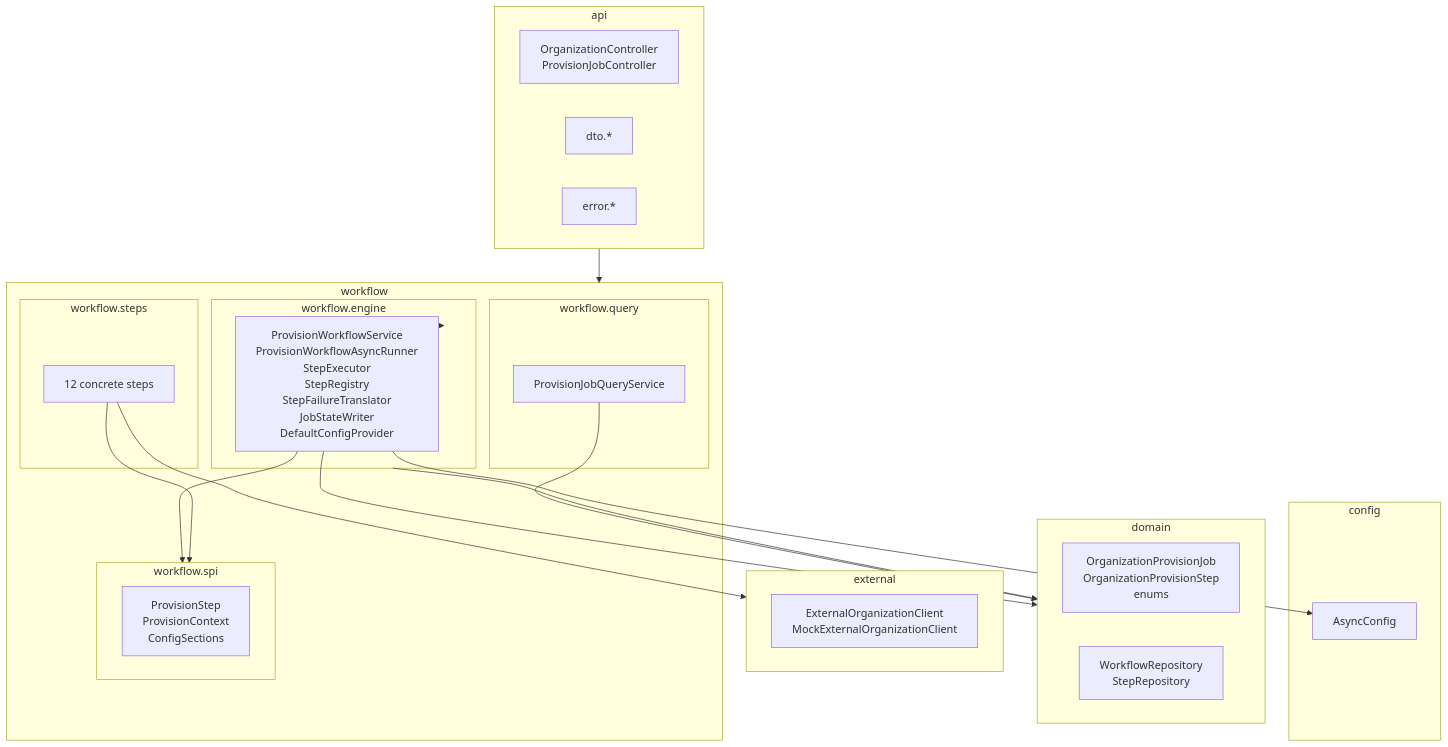
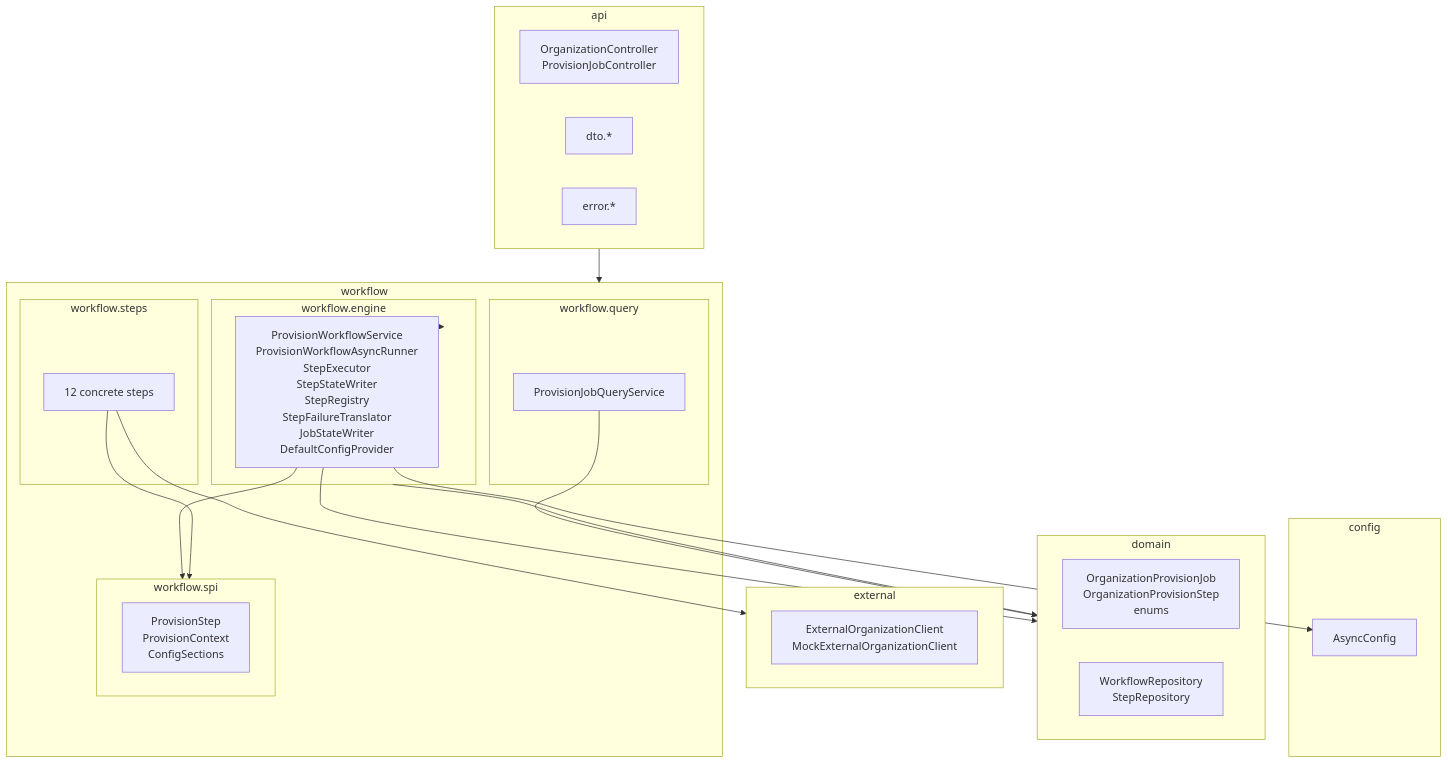
Before and after one commit to bora-arch/create-org-poc: the first of 8 diagrams in docs/diagrams.md, drawn with Mermaid. The commit also changed other lines of this file and 19 other files, not shown here.

First line of the commit message:
Support chained step execution with continue-on-failure

````diff
--- a/docs/diagrams.md
+++ b/docs/diagrams.md
@@ -7,46 +7,46 @@
 ```mermaid
 flowchart TB
     subgraph api["api"]
         controllers["OrganizationController<br/>ProvisionJobController"]
         dtos["dto.*"]
         errs["error.*"]
     end
 
     subgraph workflow["workflow"]
         subgraph spi["workflow.spi"]
             step_iface["ProvisionStep<br/>ProvisionContext<br/>ConfigSections"]
         end
         subgraph engine["workflow.engine"]
-            orch["ProvisionWorkflowService<br/>ProvisionWorkflowAsyncRunner<br/>StepExecutor<br/>StepRegistry<br/>StepFailureTranslator<br/>JobStateWriter<br/>DefaultConfigProvider"]
+            orch["ProvisionWorkflowService<br/>ProvisionWorkflowAsyncRunner<br/>StepExecutor<br/>StepStateWriter<br/>StepRegistry<br/>StepFailureTranslator<br/>JobStateWriter<br/>DefaultConfigProvider"]
         end
         subgraph steps["workflow.steps"]
             step_beans["12 concrete steps"]
         end
         subgraph query["workflow.query"]
             qs["ProvisionJobQueryService"]
         end
     end
 
     subgraph domain["domain"]
         entities["OrganizationProvisionJob<br/>OrganizationProvisionStep<br/>enums"]
         repos["WorkflowRepository<br/>StepRepository"]
     end
 
     subgraph external["external"]
         ext["ExternalOrganizationClient<br/>MockExternalOrganizationClient"]
     end
 
     subgraph config["config"]
         cfg["AsyncConfig"]
     end
 
     api --> workflow
     orch --> spi
     orch --> engine
     orch --> domain
     step_beans --> spi
     step_beans --> external
     qs --> domain
     engine --> domain
     orch --> cfg
 ```
````
